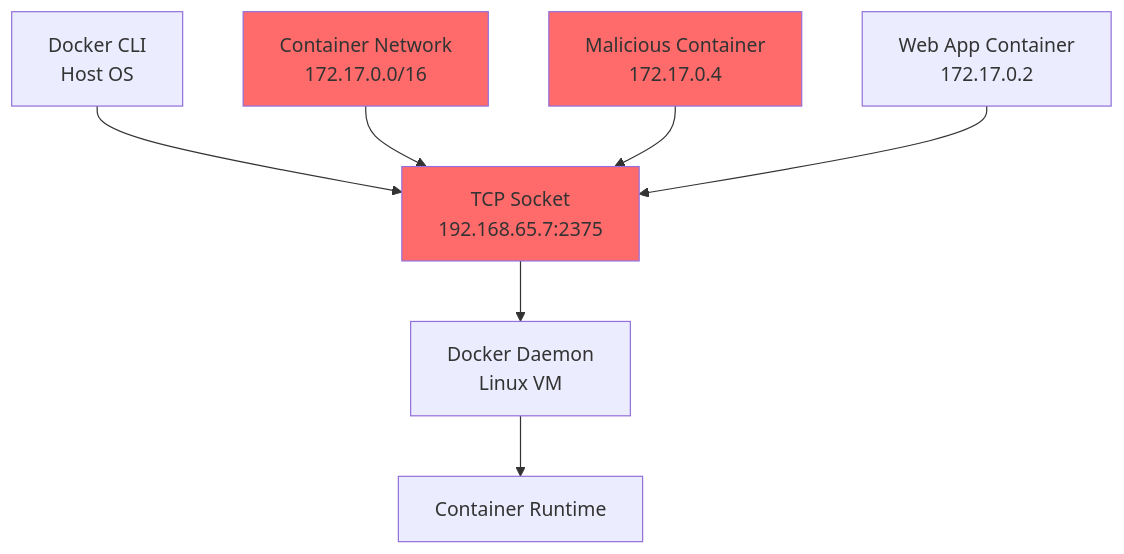
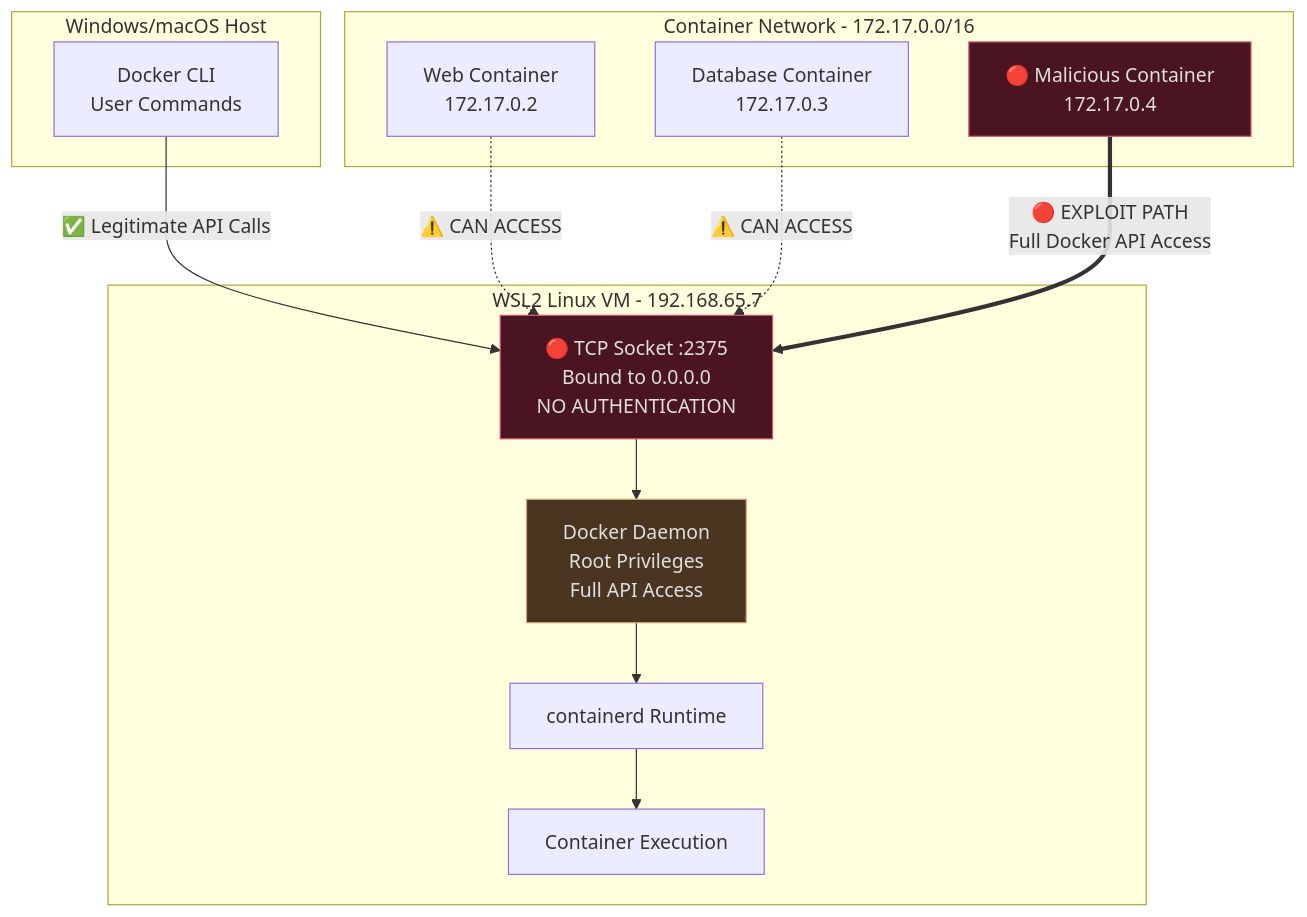
One commit to MindPatch/mindpatch.github.io changed the second of 4 diagrams in content/posts/docker-escape-ssrf.md. Above: the diagram before and after it, drawn with Mermaid. The commit also changed other lines of this file and 41 other files, not shown here.

````diff
--- a/content/posts/docker-escape-ssrf.md
+++ b/content/posts/docker-escape-ssrf.md
@@ -164,14 +174,30 @@
 ```mermaid
-graph TD
-    A[Docker CLI<br/>Host OS] --> B[TCP Socket<br/>192.168.65.7:2375]
-    B --> C[Docker Daemon<br/>Linux VM]
-    C --> D[Container Runtime]
-    
-    E[Container Network<br/>172.17.0.0/16] --> B
-    F[Malicious Container<br/>172.17.0.4] --> B
-    G[Web App Container<br/>172.17.0.2] --> B
-    
-    style B fill:#FF6B6B
-    style E fill:#FF6B6B
-    style F fill:#FF6B6B
+flowchart TB
+    subgraph "Windows/macOS Host"
+        A["Docker CLI<br/>User Commands"]
+    end
+
+    subgraph "WSL2 Linux VM - 192.168.65.7"
+        B["🔴 TCP Socket :2375<br/>Bound to 0.0.0.0<br/>NO AUTHENTICATION"]
+        C["Docker Daemon<br/>Root Privileges<br/>Full API Access"]
+        D["containerd Runtime"]
+        E["Container Execution"]
+    end
+
+    subgraph "Container Network - 172.17.0.0/16"
+        F["Web Container<br/>172.17.0.2"]
+        G["Database Container<br/>172.17.0.3"]
+        H["🔴 Malicious Container<br/>172.17.0.4"]
+    end
+
+    A -->|"✅ Legitimate API Calls"| B
+    B --> C --> D --> E
+
+    F -.->|"⚠️ CAN ACCESS"| B
+    G -.->|"⚠️ CAN ACCESS"| B
+    H ==>|"🔴 EXPLOIT PATH<br/>Full Docker API Access"| B
+
+    style B fill:#4a1520,stroke:#d45574,color:#e0e0e0
+    style H fill:#4a1520,stroke:#d45574,color:#e0e0e0
+    style C fill:#4a3520,stroke:#d4a574,color:#e0e0e0
 ```
````
